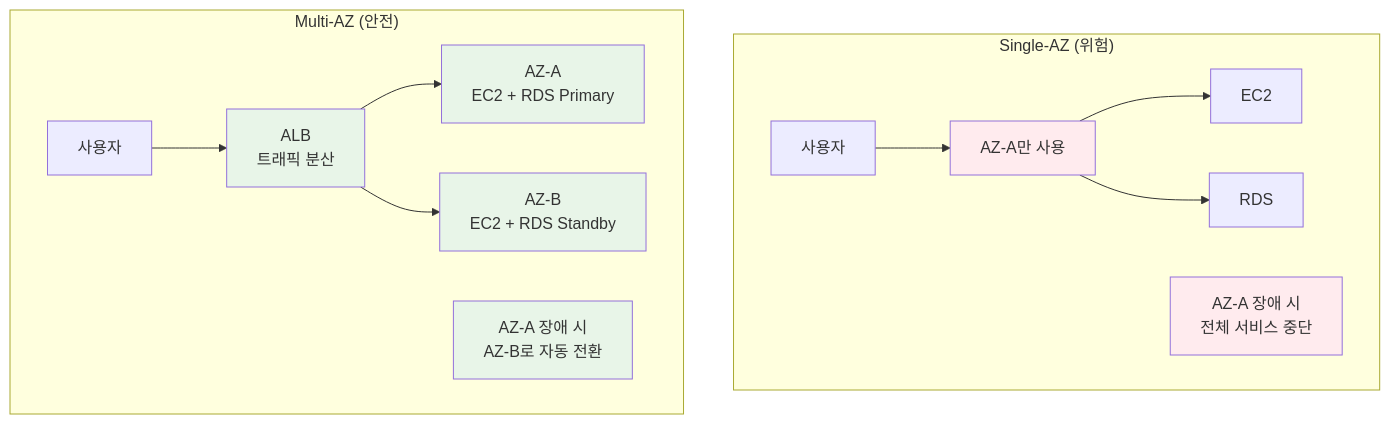
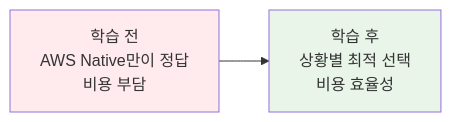
The first of 5 diagrams in theory/week_05/day5/session_2.md (niceguy61/kdt_devops_lecture_2025), drawn with Mermaid before and after one commit. The commit also changed other lines of this file, not shown here.

````diff
--- a/theory/week_05/day5/session_2.md
+++ b/theory/week_05/day5/session_2.md
@@ -34,23 +34,7 @@
 ```mermaid
-graph TB
-    subgraph "Single-AZ (위험)"
-        A1[사용자] --> B1[AZ-A만 사용]
-        B1 --> C1[EC2]
-        B1 --> D1[RDS]
-        E1[AZ-A 장애 시<br/>전체 서비스 중단]
-    end
+graph LR
+    A[학습 전<br/>AWS Native만이 정답<br/>비용 부담] --> B[학습 후<br/>상황별 최적 선택<br/>비용 효율성]
     
-    subgraph "Multi-AZ (안전)"
-        A2[사용자] --> B2[ALB<br/>트래픽 분산]
-        B2 --> C2[AZ-A<br/>EC2 + RDS Primary]
-        B2 --> D2[AZ-B<br/>EC2 + RDS Standby]
-        E2[AZ-A 장애 시<br/>AZ-B로 자동 전환]
-    end
-    
-    style B1 fill:#ffebee
-    style E1 fill:#ffebee
-    style B2 fill:#e8f5e8
-    style C2 fill:#e8f5e8
-    style D2 fill:#e8f5e8
-    style E2 fill:#e8f5e8
+    style A fill:#ffebee
+    style B fill:#e8f5e8
 ```
````
